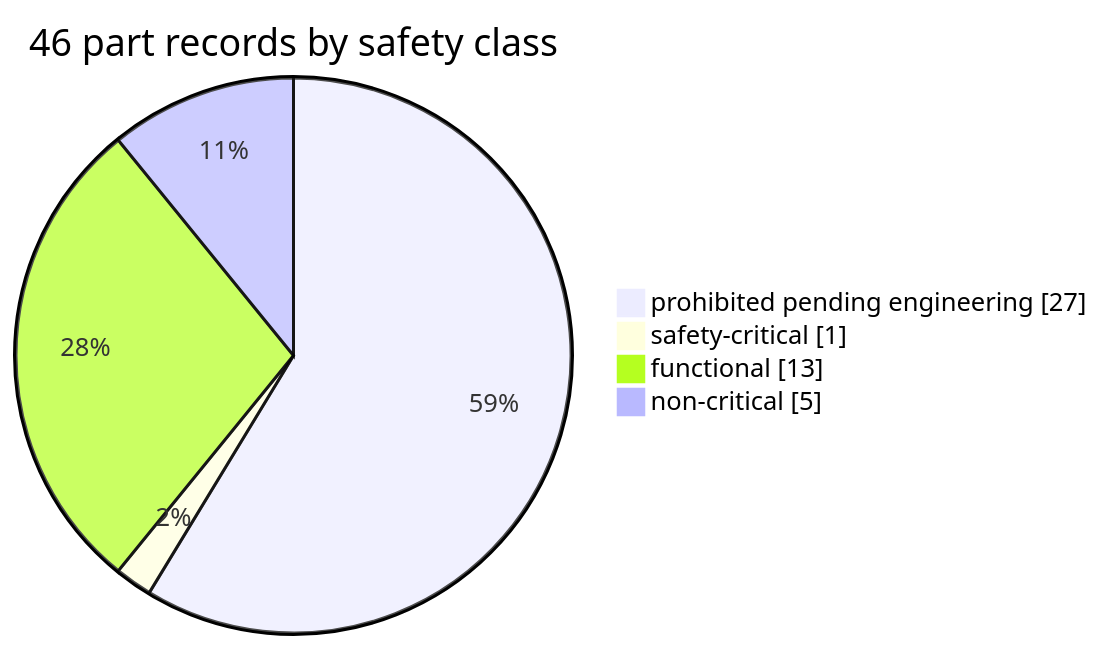
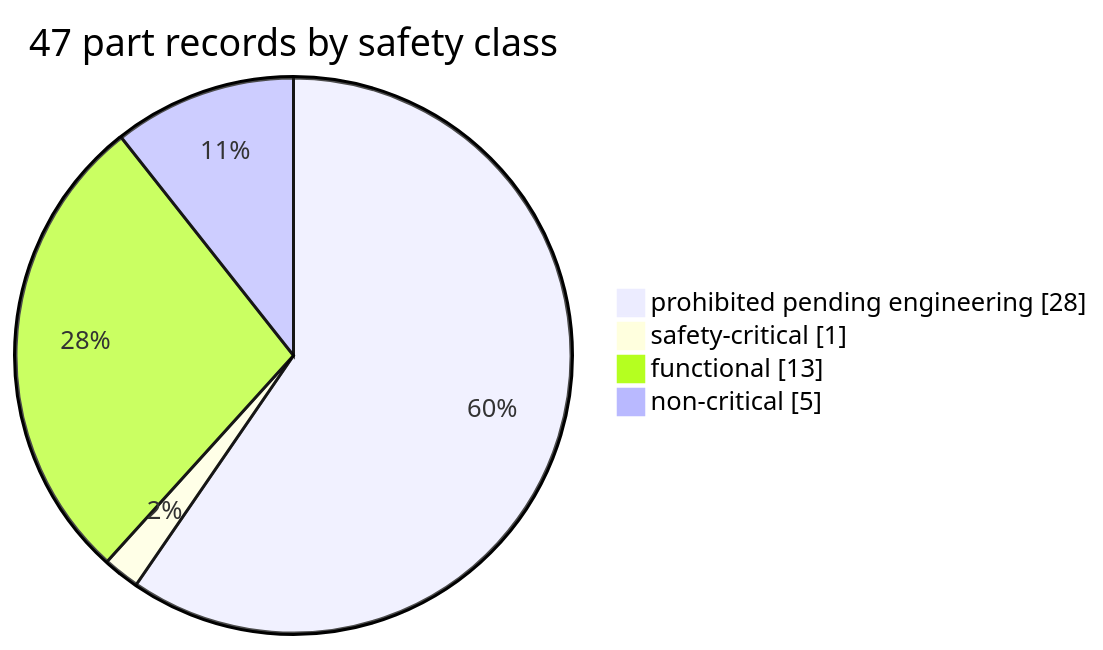
One commit to cluster2600/porscheparts changed the third of 5 diagrams in docs/ENGINEERING_OVERVIEW.md. Above: the diagram before and after it, drawn with Mermaid. The commit also changed other lines of this file and 41 other files, not shown here.

````diff
--- a/docs/ENGINEERING_OVERVIEW.md
+++ b/docs/ENGINEERING_OVERVIEW.md
@@ -538,7 +539,7 @@
 ```mermaid
-pie showData title 46 part records by safety class
-    "prohibited pending engineering" : 27
+pie showData title 47 part records by safety class
+    "prohibited pending engineering" : 28
     "safety-critical" : 1
     "functional" : 13
     "non-critical" : 5
 ```
````
